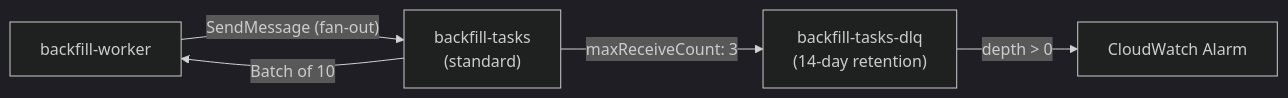
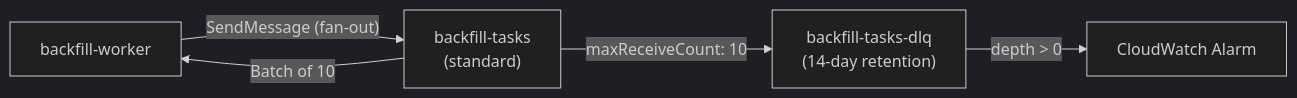
Before and after one commit to Mi3-14159/GitGazer: the third of 4 diagrams in apps/docs/docs/technical/backfill-pipeline.md, drawn with Mermaid (dark theme). The commit also changed other lines of this file and 27 other files, not shown here.

````diff
--- a/apps/docs/docs/technical/backfill-pipeline.md
+++ b/apps/docs/docs/technical/backfill-pipeline.md
@@ -115,7 +115,7 @@
 ```mermaid
 graph LR
     BW["backfill-worker"] -- "SendMessage (fan-out)" --> MAIN["backfill-tasks<br/>(standard)"]
     MAIN -- "Batch of 10" --> BW
-    MAIN -- "maxReceiveCount: 3" --> DLQ["backfill-tasks-dlq<br/>(14-day retention)"]
+    MAIN -- "maxReceiveCount: 10" --> DLQ["backfill-tasks-dlq<br/>(14-day retention)"]
     DLQ -- "depth > 0" --> CW["CloudWatch Alarm"]
 ```
````
